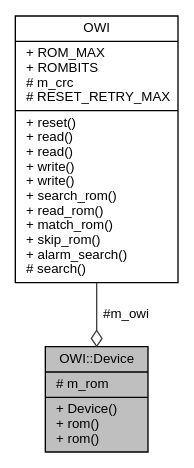
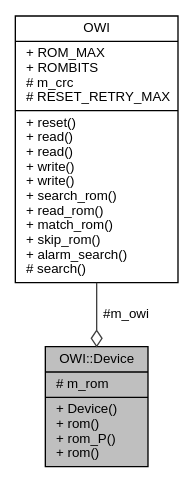
Before and after one commit to mikaelpatel/mikaelpatel.github.io: the diagram in Arduino-OWI/db/ddc/classOWI_1_1Device__coll__graph.dot, drawn with Graphviz. The commit also changed 133 other files, not shown here.

```diff
--- a/Arduino-OWI/db/ddc/classOWI_1_1Device__coll__graph.dot
+++ b/Arduino-OWI/db/ddc/classOWI_1_1Device__coll__graph.dot
@@ -1,8 +1,8 @@
 digraph "OWI::Device"
 {
   edge [fontname="Helvetica",fontsize="10",labelfontname="Helvetica",labelfontsize="10"];
   node [fontname="Helvetica",fontsize="10",shape=record];
-  Node1 [label="{OWI::Device\n|# m_rom\l|+ Device()\l+ rom()\l+ rom()\l}",height=0.2,width=0.4,color="black", fillcolor="grey75", style="filled", fontcolor="black"];
+  Node1 [label="{OWI::Device\n|# m_rom\l|+ Device()\l+ rom()\l+ rom_P()\l+ rom()\l}",height=0.2,width=0.4,color="black", fillcolor="grey75", style="filled", fontcolor="black"];
   Node2 -> Node1 [color="grey25",fontsize="10",style="solid",label=" #m_owi" ,arrowhead="odiamond",fontname="Helvetica"];
   Node2 [label="{OWI\n|+ ROM_MAX\l+ ROMBITS\l# m_crc\l# RESET_RETRY_MAX\l|+ reset()\l+ read()\l+ read()\l+ write()\l+ write()\l+ search_rom()\l+ read_rom()\l+ match_rom()\l+ skip_rom()\l+ alarm_search()\l# search()\l}",height=0.2,width=0.4,color="black", fillcolor="white", style="filled",URL="$d7/d90/classOWI.html"];
 }
```
